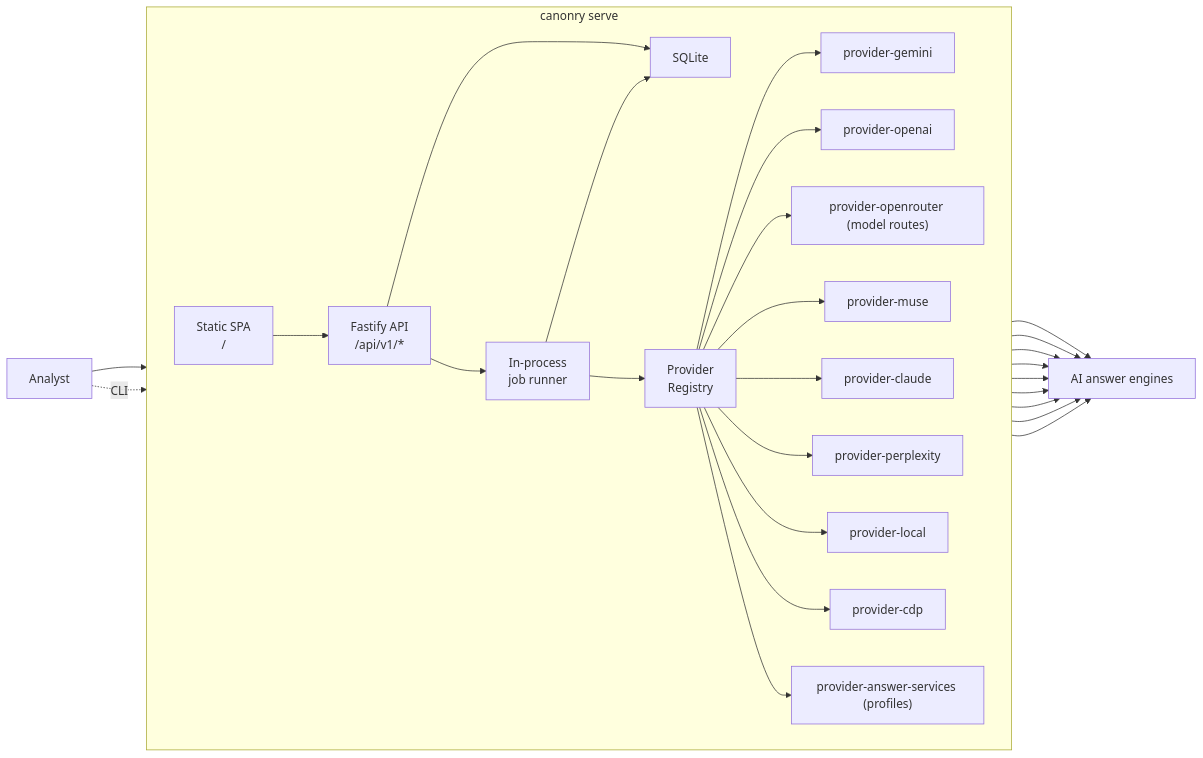
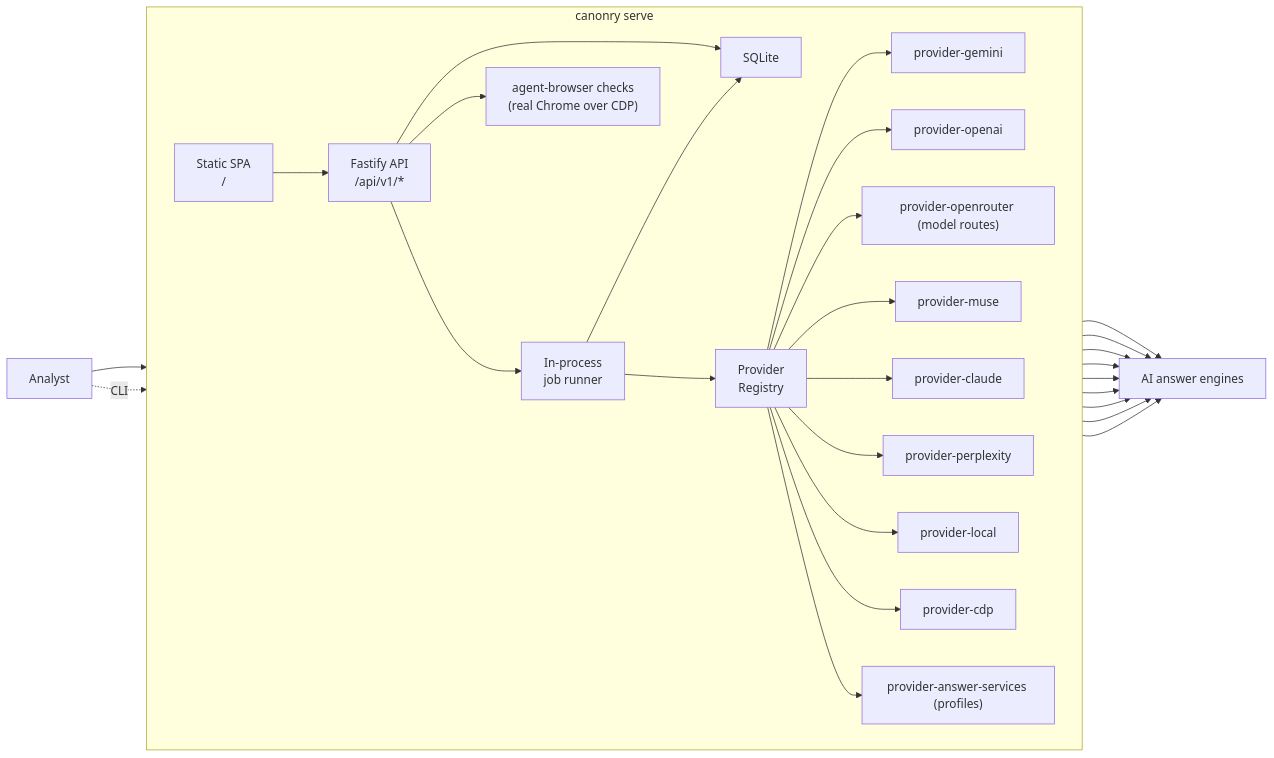
One commit to Canonry/canonry changed the first of 3 diagrams in docs/architecture.md. Above: the diagram before and after it, drawn with Mermaid. The commit also changed other lines of this file and 67 other files, not shown here.

First line of the commit message:
feat(agent-browser): AI agents try a task on the site in a real browser

````diff
--- a/docs/architecture.md
+++ b/docs/architecture.md
@@ -13,35 +13,36 @@
 ```mermaid
 flowchart LR
   User["Analyst"]
   Target["AI answer engines"]
 
   subgraph Process["canonry serve"]
     direction LR
     SPA["Static SPA<br/>/"] --> API["Fastify API<br/>/api/v1/*"]
     API --> JobRunner["In-process<br/>job runner"]
     API --> SQLite["SQLite"]
     JobRunner --> Registry["Provider<br/>Registry"]
     Registry --> Gemini["provider-gemini"]
     Registry --> OpenAI["provider-openai"]
     Registry --> OpenRouter["provider-openrouter (model routes)"]
     Registry --> Muse["provider-muse"]
     Registry --> Claude["provider-claude"]
     Registry --> Perplexity["provider-perplexity"]
     Registry --> Local["provider-local"]
     Registry --> CDP["provider-cdp"]
+    API --> AgentBrowser["agent-browser checks<br/>(real Chrome over CDP)"]
     Registry --> AnswerServices["provider-answer-services (profiles)"]
     JobRunner --> SQLite
   end
 
   User --> SPA
   User -. CLI .-> API
   Gemini --> Target
   OpenAI --> Target
   OpenRouter --> Target
   Muse --> Target
   Claude --> Target
   Perplexity --> Target
   Local --> Target
   CDP --> Target
   AnswerServices --> Target
 ```
````
